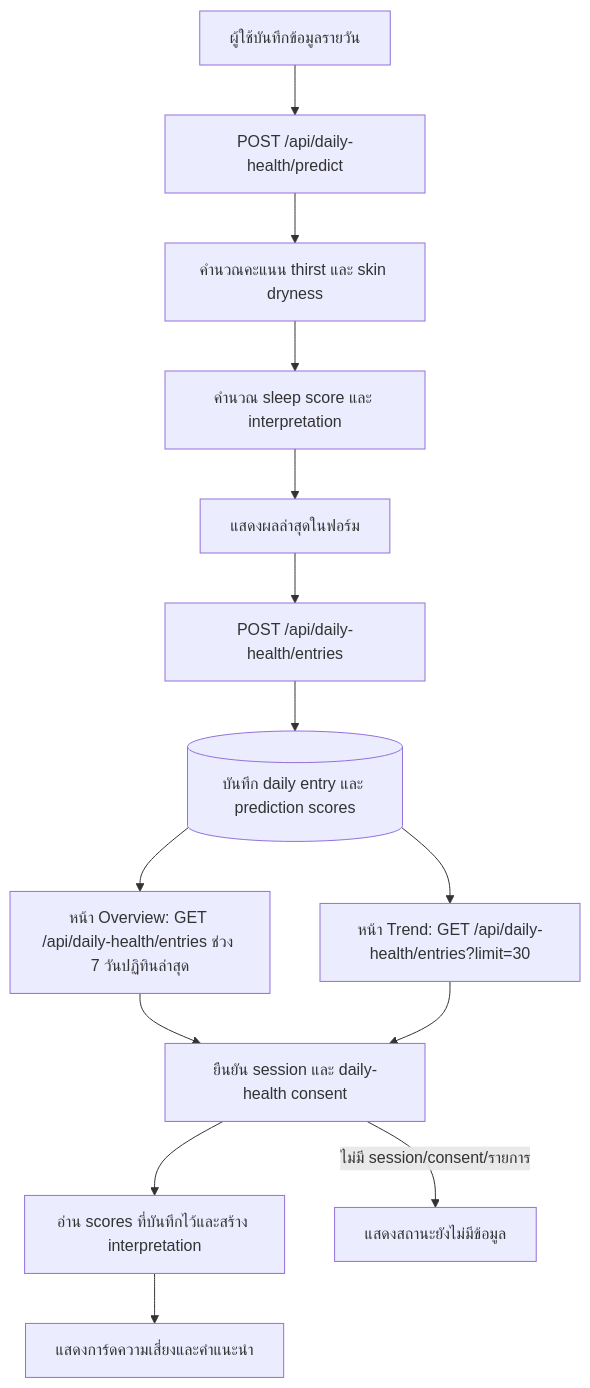
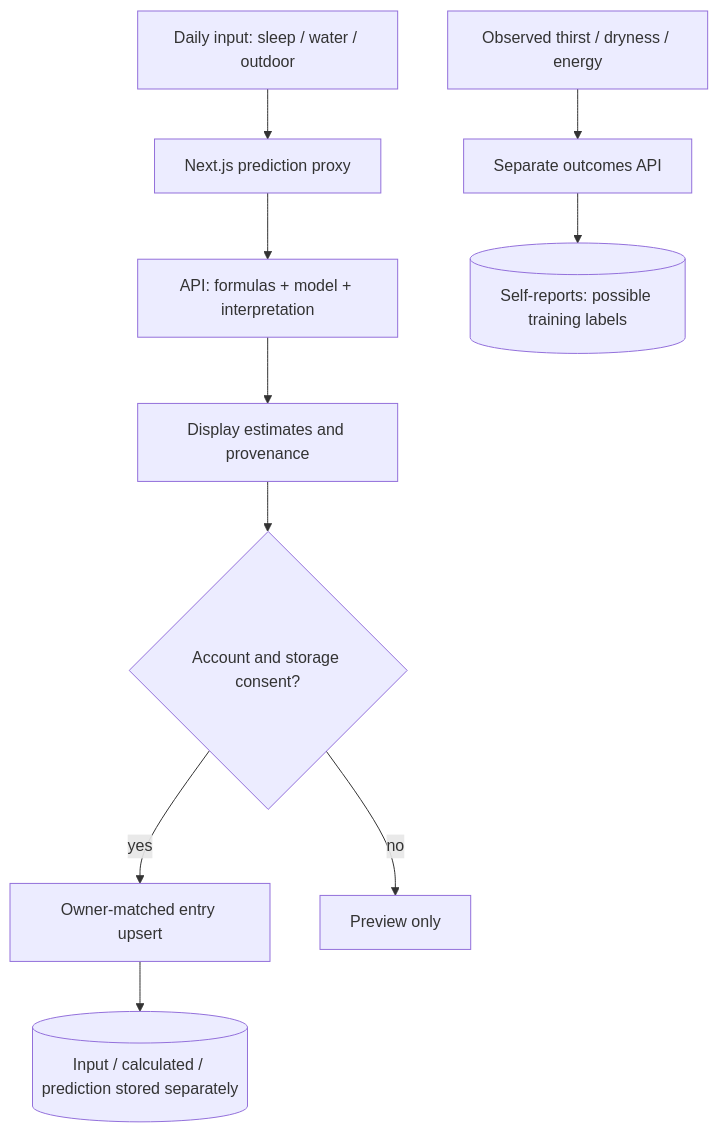
Before and after one commit to PacharaponK/Aphrodize: the diagram in docs/lifestyle/Daily-Health-Input-Flow.md, drawn with Mermaid. The commit also changed other lines of this file and 38 other files, not shown here.

````diff
--- a/docs/lifestyle/Daily-Health-Input-Flow.md
+++ b/docs/lifestyle/Daily-Health-Input-Flow.md
@@ -74,16 +9,12 @@
 ```mermaid
 flowchart TD
-    A[ผู้ใช้บันทึกข้อมูลรายวัน] --> B[POST /api/daily-health/predict]
-    B --> C[คำนวณคะแนน thirst และ skin dryness]
-    C --> D[คำนวณ sleep score และ interpretation]
-    D --> E[แสดงผลล่าสุดในฟอร์ม]
-    E --> F[POST /api/daily-health/entries]
-    F --> G[(บันทึก daily entry และ prediction scores)]
-    G --> H[หน้า Overview: GET /api/daily-health/entries ช่วง 7 วันปฏิทินล่าสุด]
-    G --> I[หน้า Trend: GET /api/daily-health/entries?limit=30]
-    H --> J[ยืนยัน session และ daily-health consent]
-    I --> J
-    J --> K[อ่าน scores ที่บันทึกไว้และสร้าง interpretation]
-    K --> L[แสดงการ์ดความเสี่ยงและคำแนะนำ]
-    J -- ไม่มี session/consent/รายการ --> M[แสดงสถานะยังไม่มีข้อมูล]
+    A[Daily input: sleep / water / outdoor] --> B[Next.js prediction proxy]
+    B --> C[API: formulas + model + interpretation]
+    C --> D[Display estimates and provenance]
+    D --> E{Account and storage consent?}
+    E -- yes --> F[Owner-matched entry upsert]
+    E -- no --> G[Preview only]
+    F --> H[(Input / calculated / prediction stored separately)]
+    O[Observed thirst / dryness / energy] --> P[Separate outcomes API]
+    P --> Q[(Self-reports: possible training labels)]
 ```
````
